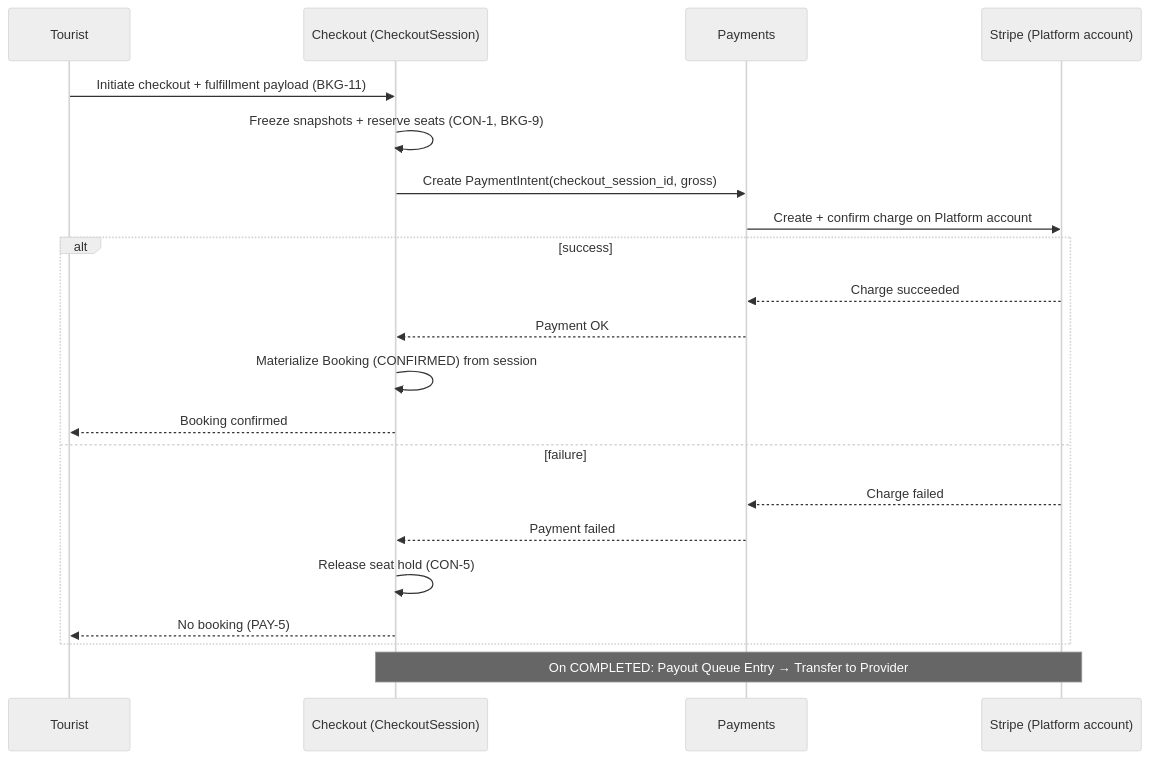
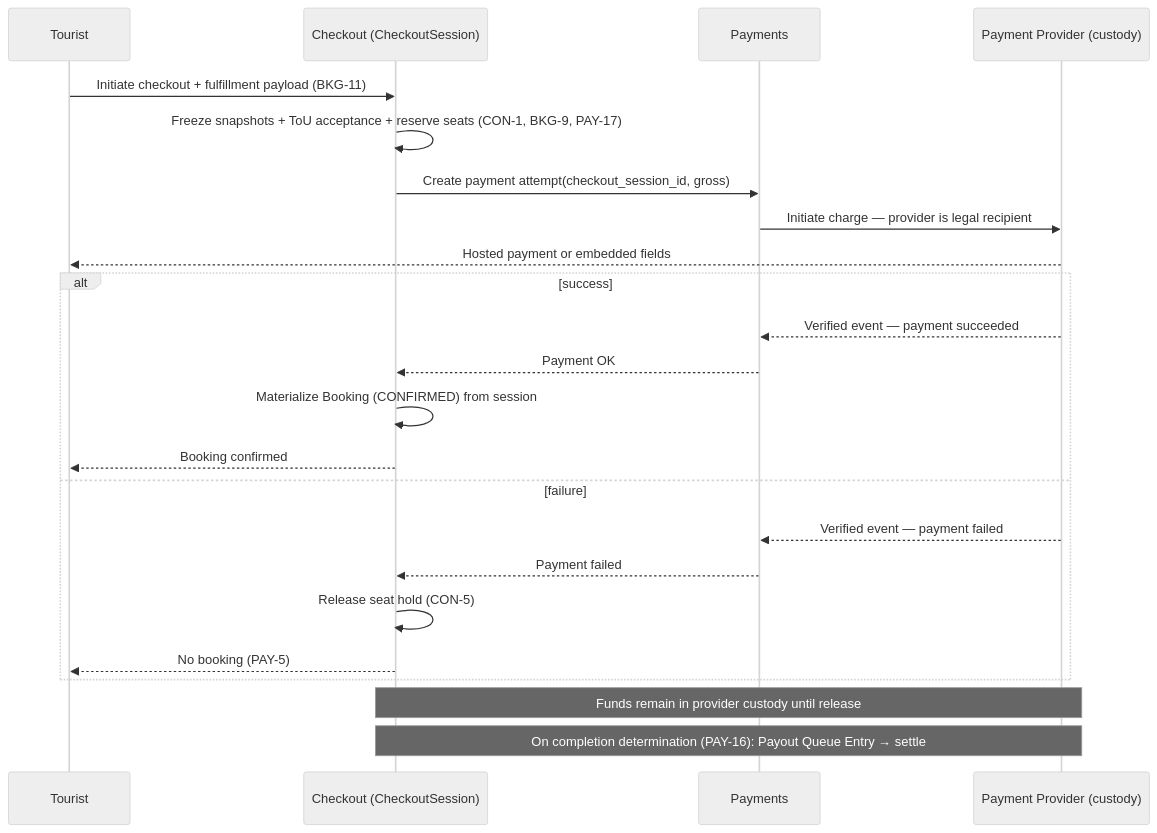
Before and after one commit to markmamba/redcab-docs: the second of 3 diagrams in docs/architecture/payments-architecture.md, drawn with Mermaid (neutral theme). The commit also changed other lines of this file and 32 other files, not shown here.

Commit message:
docs: update payment architecture

````diff
--- a/docs/architecture/payments-architecture.md
+++ b/docs/architecture/payments-architecture.md
@@ -63,23 +114,25 @@
 ```mermaid
 sequenceDiagram
   participant T as Tourist
   participant CO as Checkout (CheckoutSession)
   participant PM as Payments
-  participant SC as Stripe (Platform account)
+  participant PSP as Payment Provider (custody)
   T->>CO: Initiate checkout + fulfillment payload (BKG-11)
-  CO->>CO: Freeze snapshots + reserve seats (CON-1, BKG-9)
-  CO->>PM: Create PaymentIntent(checkout_session_id, gross)
-  PM->>SC: Create + confirm charge on Platform account
+  CO->>CO: Freeze snapshots + ToU acceptance + reserve seats (CON-1, BKG-9, PAY-17)
+  CO->>PM: Create payment attempt(checkout_session_id, gross)
+  PM->>PSP: Initiate charge — provider is legal recipient
+  PSP-->>T: Hosted payment or embedded fields
   alt success
-    SC-->>PM: Charge succeeded
+    PSP-->>PM: Verified event — payment succeeded
     PM-->>CO: Payment OK
     CO->>CO: Materialize Booking (CONFIRMED) from session
     CO-->>T: Booking confirmed
   else failure
-    SC-->>PM: Charge failed
+    PSP-->>PM: Verified event — payment failed
     PM-->>CO: Payment failed
     CO->>CO: Release seat hold (CON-5)
     CO-->>T: No booking (PAY-5)
   end
-  Note over CO,SC: On COMPLETED: Payout Queue Entry → Transfer to Provider
+  Note over CO,PSP: Funds remain in provider custody until release
+  Note over CO,PSP: On completion determination (PAY-16): Payout Queue Entry → settle
 ```
````
